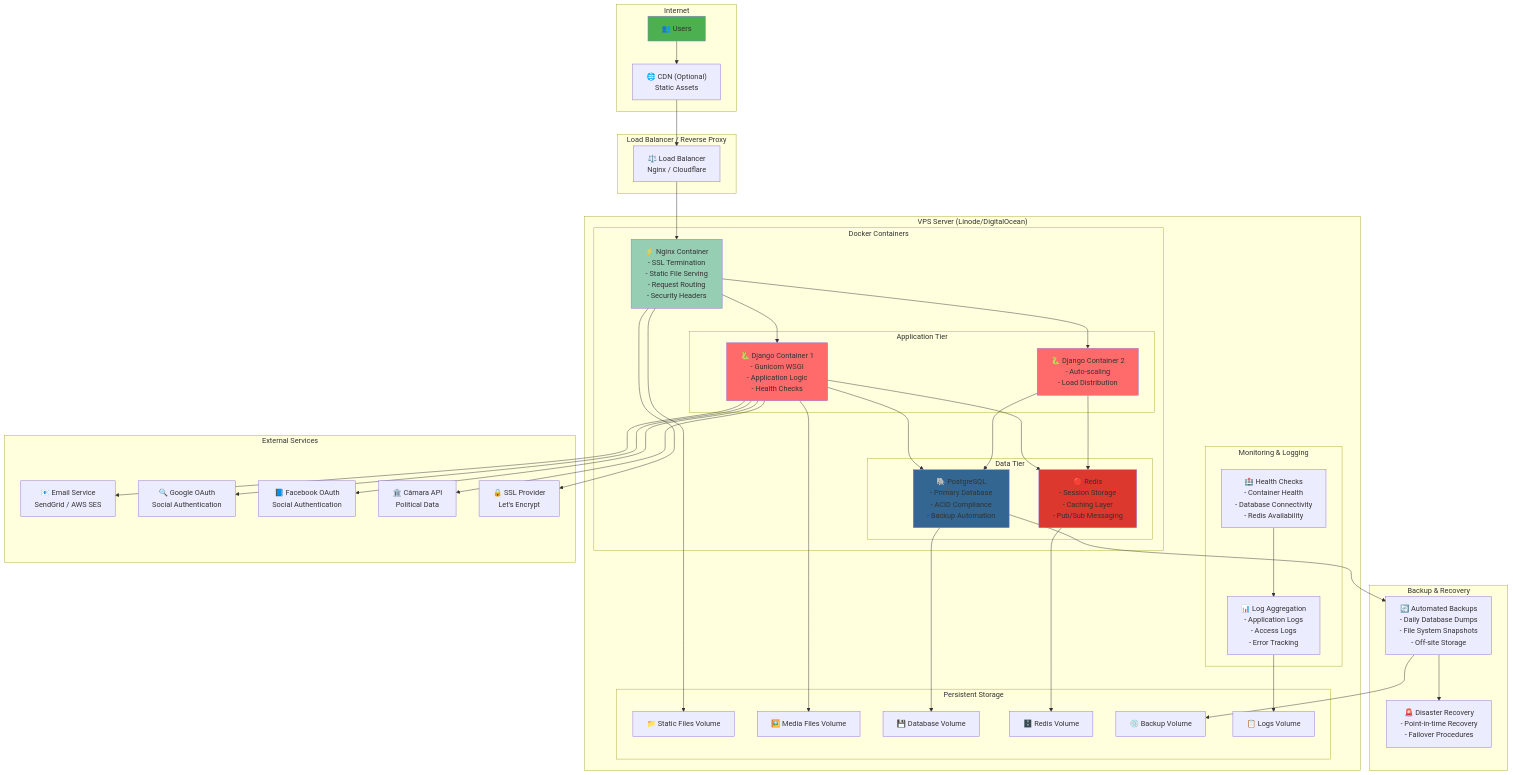
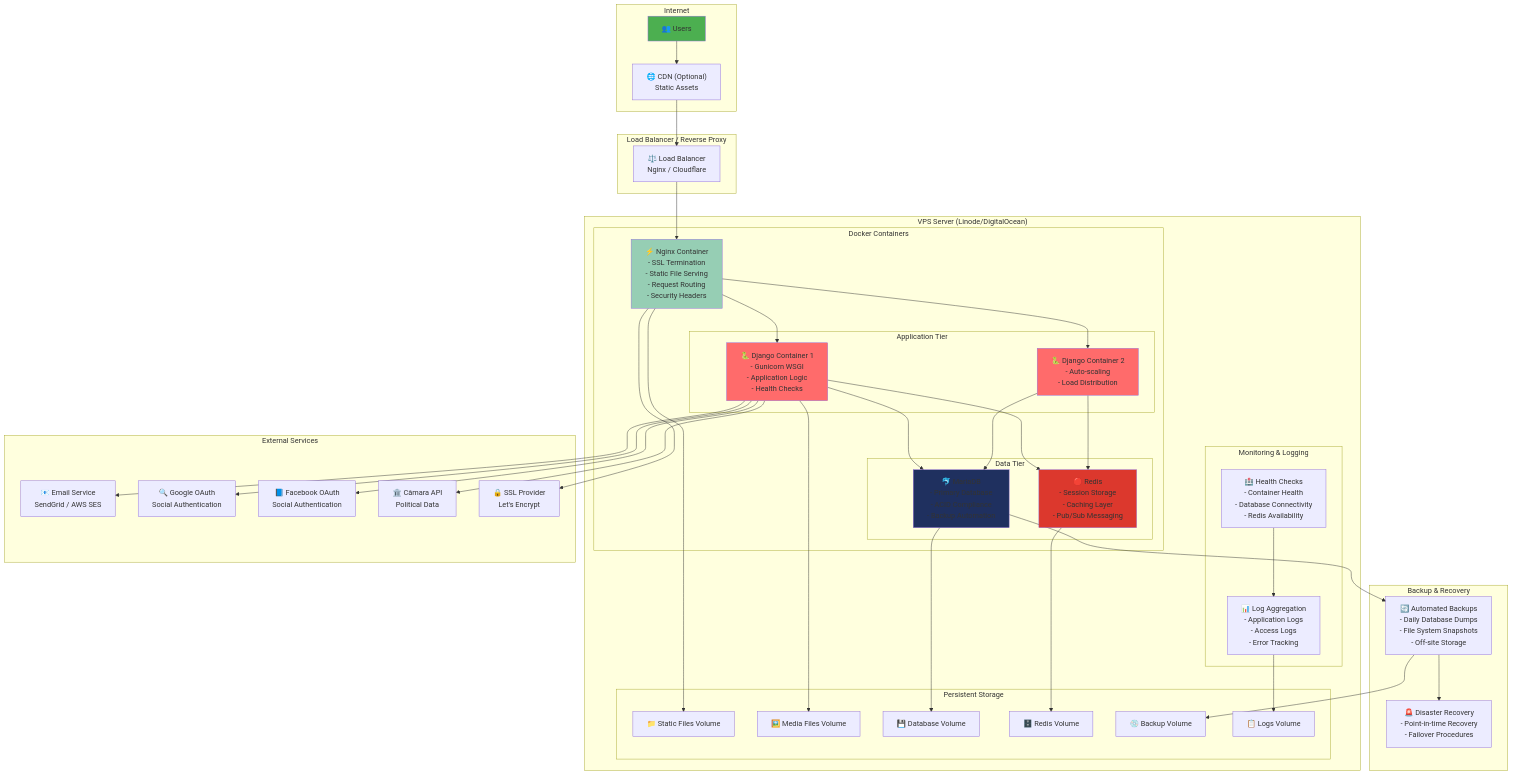
The eighth of 10 diagrams in doc/ARCHITECTURE_DIAGRAMS.md (wagnercateb/votebem), drawn with Mermaid before and after one commit. The commit also changed other lines of this file and 33 other files, not shown here.

Commit message:
configura votebem com docker no WSL  usando MariaDB ao inves de MySQL

````diff
--- a/doc/ARCHITECTURE_DIAGRAMS.md
+++ b/doc/ARCHITECTURE_DIAGRAMS.md
@@ -531,7 +531,7 @@
             end
             
             subgraph "Data Tier"
-                PostgreSQLContainer["🐘 PostgreSQL<br/>- Primary Database<br/>- ACID Compliance<br/>- Backup Automation"]
+MariaDBContainer["🐬 MariaDB<br/>- Primary Database<br/>- ACID Compliance<br/>- Backup Automation"]
                 RedisContainer["🔴 Redis<br/>- Session Storage<br/>- Caching Layer<br/>- Pub/Sub Messaging"]
             end
         end
@@ -571,14 +571,14 @@
     NginxContainer --> DjangoContainer1
     NginxContainer --> DjangoContainer2
     
-    DjangoContainer1 --> PostgreSQLContainer
+DjangoContainer1 --> MariaDBContainer
     DjangoContainer1 --> RedisContainer
-    DjangoContainer2 --> PostgreSQLContainer
+DjangoContainer2 --> MariaDBContainer
     DjangoContainer2 --> RedisContainer
     
     NginxContainer --> StaticVolume
     DjangoContainer1 --> MediaVolume
-    PostgreSQLContainer --> DBVolume
+MariaDBContainer --> DBVolume
     RedisContainer --> RedisVolume
     
     DjangoContainer1 --> EmailService
@@ -588,7 +588,7 @@
     
     NginxContainer --> SSLProvider
     
-    PostgreSQLContainer --> AutoBackup
+MariaDBContainer --> AutoBackup
     AutoBackup --> BackupVolume
     AutoBackup --> DisasterRecovery
     
@@ -598,7 +598,7 @@
     style Users fill:#4CAF50
     style DjangoContainer1 fill:#FF6B6B
     style DjangoContainer2 fill:#FF6B6B
-    style PostgreSQLContainer fill:#336791
+style MariaDBContainer fill:#1F305F
     style RedisContainer fill:#DC382D
     style NginxContainer fill:#96CEB4
 ```
````
